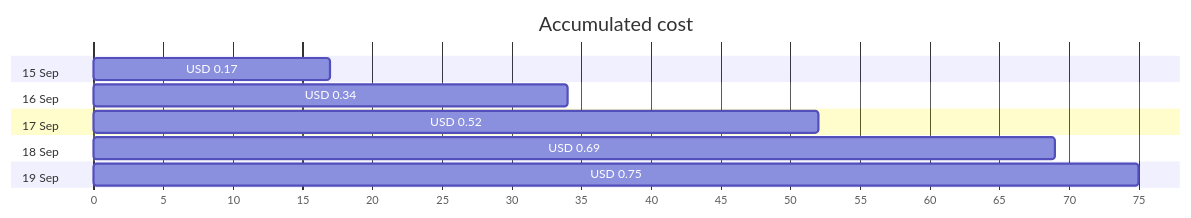
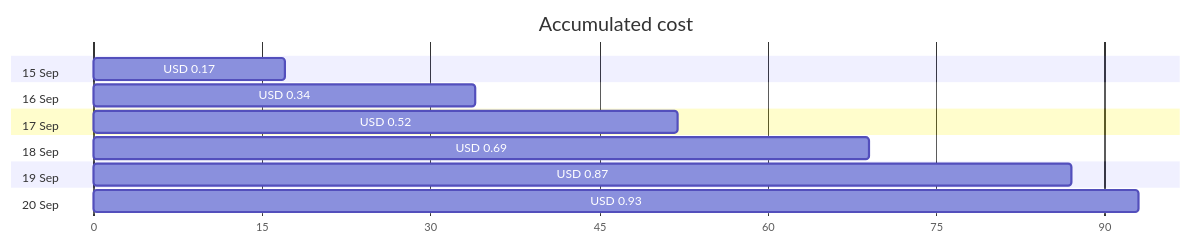
The first of 4 diagrams in cost-reports/personal-network/vpn-server.md (jpfulton/azure-personal-reports), drawn with Mermaid before and after one commit. The commit also changed other lines of this file and 18 other files, not shown here.

````diff
--- a/cost-reports/personal-network/vpn-server.md
+++ b/cost-reports/personal-network/vpn-server.md
@@ -20,16 +20,18 @@
 ```mermaid
 gantt
    title Accumulated cost
    dateFormat  X
    axisFormat %s
    section 15 Sep
    USD 0.17 :0, 17
    section 16 Sep
    USD 0.34 :0, 34
    section 17 Sep
    USD 0.52 :0, 52
    section 18 Sep
    USD 0.69 :0, 69
    section 19 Sep
-   USD 0.75 :0, 75
+   USD 0.87 :0, 87
+   section 20 Sep
+   USD 0.93 :0, 93
 ```
````
